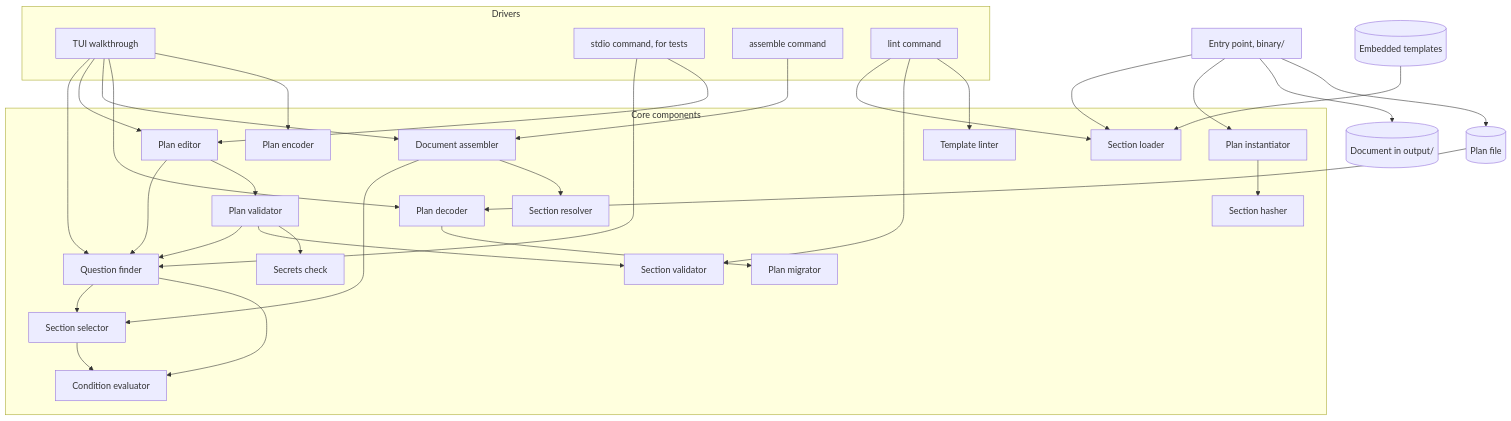
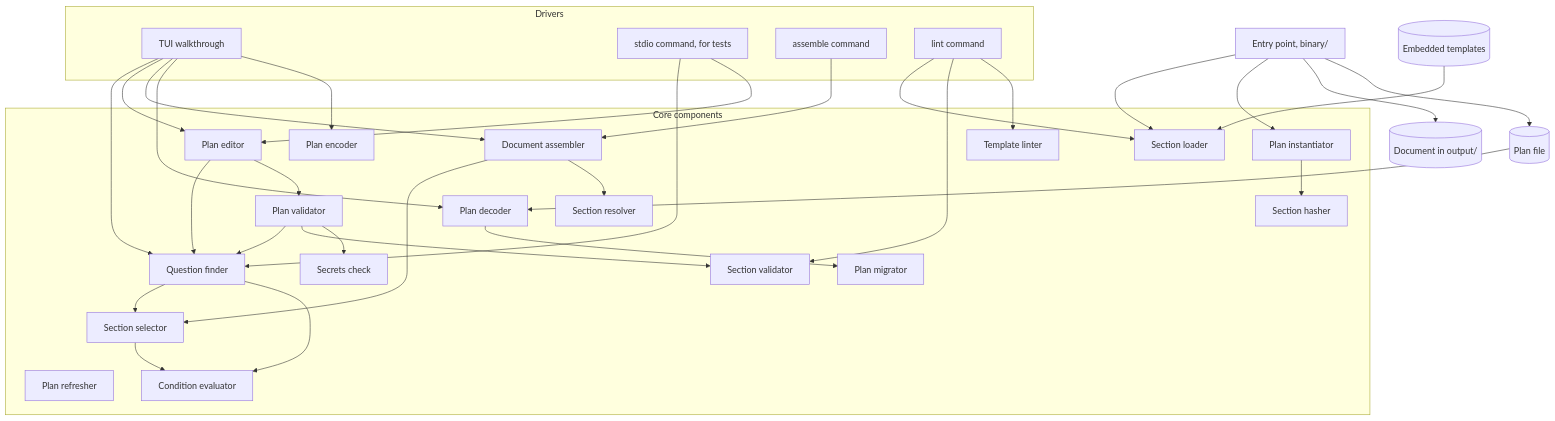
The diagram in docs/architecture/components.md (8thlight-daveloper/onboard-kit), drawn with Mermaid before and after one commit. The commit also changed other lines of this file and 4 other files, not shown here.

Commit message:
Add plan id and origin to the model, the test harness, and the architecture docs

````diff
--- a/docs/architecture/components.md
+++ b/docs/architecture/components.md
@@ -9,67 +9,68 @@
 ```mermaid
 flowchart TB
     subgraph drivers["Drivers"]
         tui["TUI walkthrough"]
         stdio["stdio command, for tests"]
         assemble_command["assemble command"]
         lint_command["lint command"]
     end
 
     entry["Entry point, binary/"]
 
     subgraph core["Core components"]
         finder["Question finder"]
         validator["Plan validator"]
         editor["Plan editor"]
         assembler["Document assembler"]
         instantiator["Plan instantiator"]
+        refresher["Plan refresher"]
         migrator["Plan migrator"]
         decoder["Plan decoder"]
         encoder["Plan encoder"]
         loader["Section loader"]
         selector["Section selector"]
         evaluator["Condition evaluator"]
         resolver["Section resolver"]
         hasher["Section hasher"]
         sectionvalidator["Section validator"]
         linter["Template linter"]
         secrets["Secrets check"]
     end
 
     templates[("Embedded templates")]
     planfile[("Plan file")]
     document[("Document in output/")]
 
     tui --> finder
     tui --> editor
     tui --> assembler
     stdio --> finder
     stdio --> editor
     assemble_command --> assembler
     lint_command --> loader
     lint_command --> sectionvalidator
     lint_command --> linter
 
     finder --> selector
     finder --> evaluator
     selector --> evaluator
     validator --> finder
     validator --> sectionvalidator
     validator --> secrets
     editor --> finder
     editor --> validator
     assembler --> selector
     assembler --> resolver
     instantiator --> hasher
 
     entry --> loader
     entry --> instantiator
 
     templates --> loader
     planfile --> decoder
     decoder --> migrator
     tui --> decoder
     tui --> encoder
     entry --> document
     entry --> planfile
 ```
````
